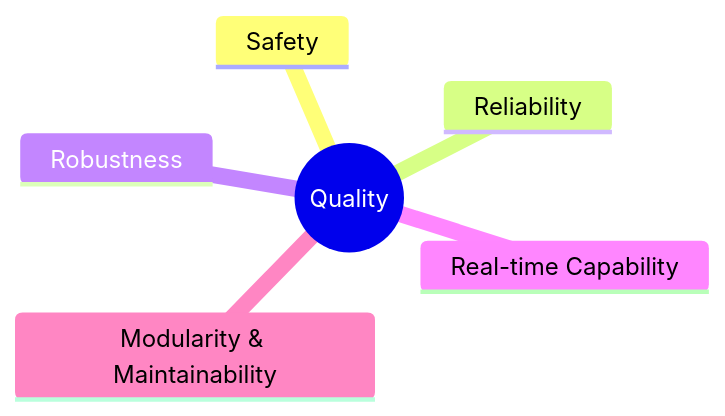
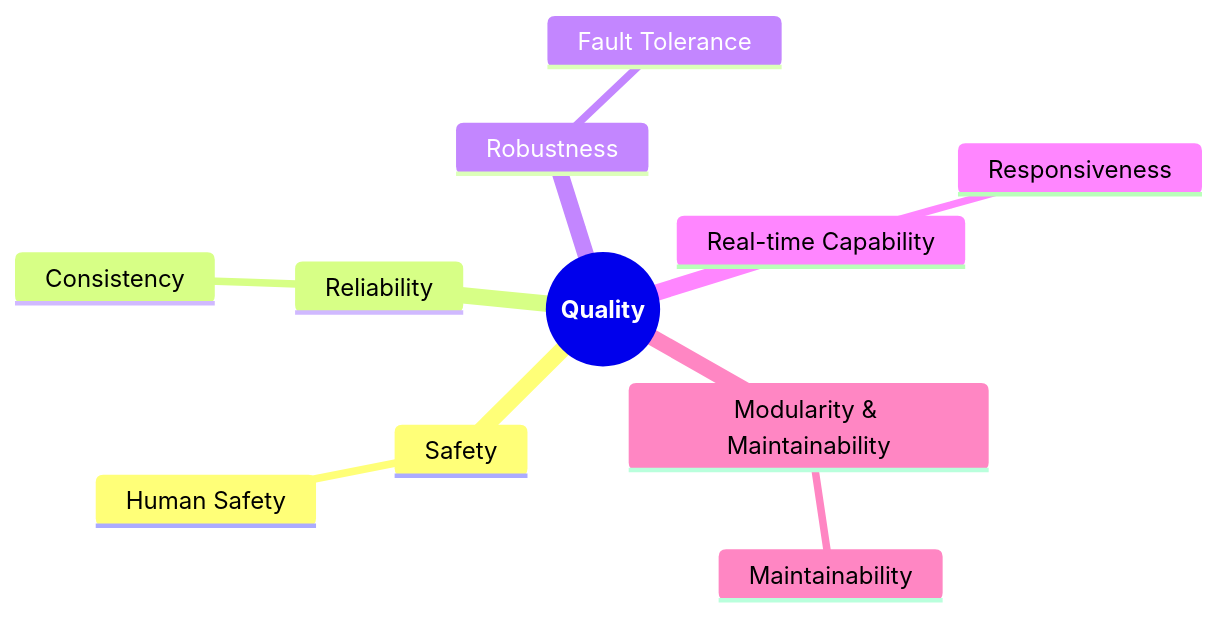
One commit to una-auxme/arlab changed the first of 6 diagrams in doc/10. Quality Requirements.md. Above: the diagram before and after it, drawn with Mermaid. The commit also changed other lines of this file, not shown here.

Commit message:
'Updated 10. Quality Requirements.md' - worked on new szenarios, worked on graphs, worked on tables. Adapted everything to the new information.

````diff
--- a/doc/10. Quality Requirements.md
+++ b/doc/10. Quality Requirements.md
@@ -17,9 +17,14 @@
 ```mermaid
 mindmap
-  root((Quality))
+  root((**Quality**))
     Safety
+      Human Safety
     Reliability
+      Consistency
     Robustness
+      Fault Tolerance
     Real-time Capability
+      Responsiveness
     Modularity & Maintainability
+      Maintainability
 ```
````
